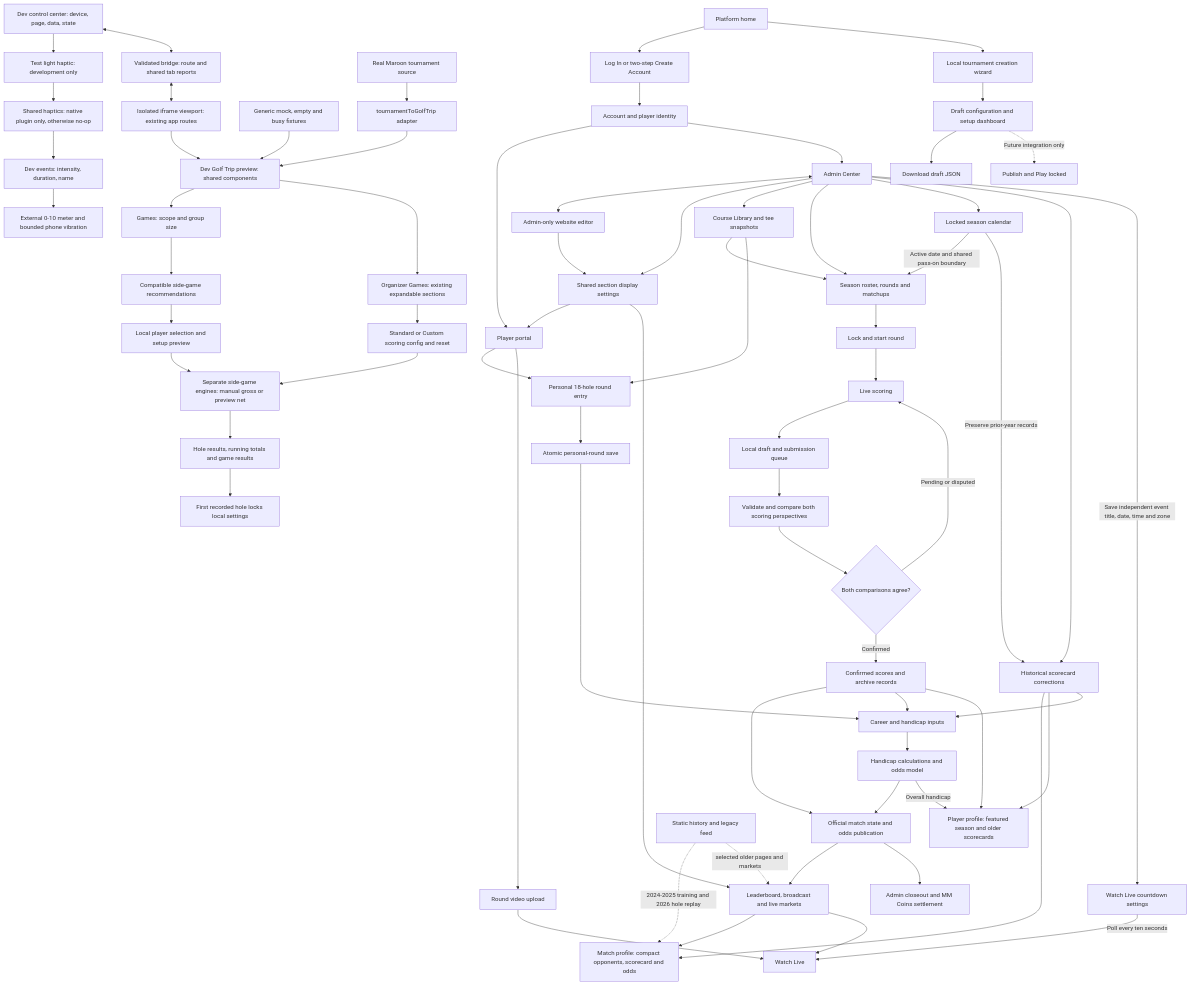
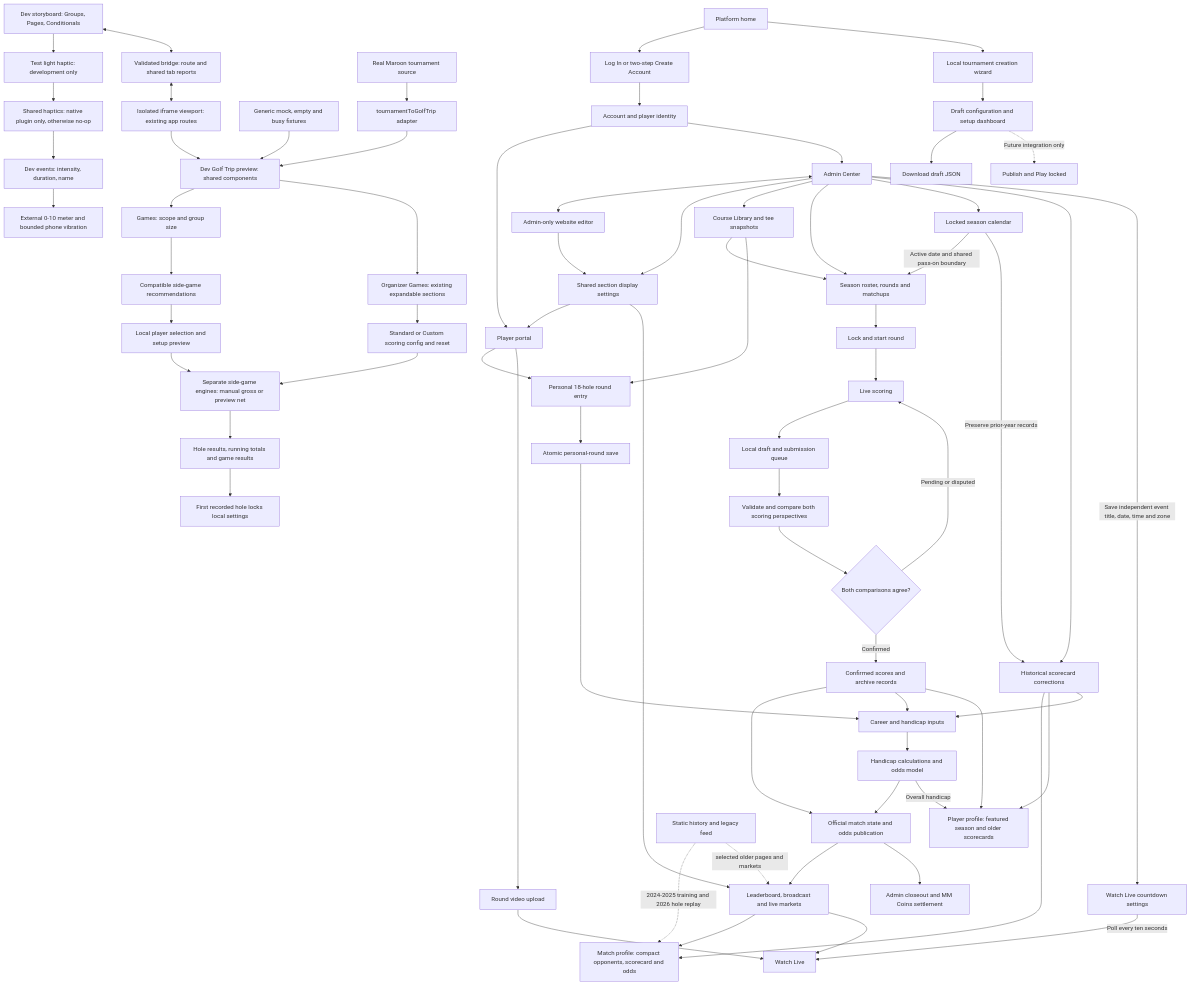
One commit to cadebarone00/MM-Website changed the diagram in docs/app-workflow.md. Above: the diagram before and after it, drawn with Mermaid. The commit also changed other lines of this file and 59 other files, not shown here.

````diff
--- a/docs/app-workflow.md
+++ b/docs/app-workflow.md
@@ -53,5 +55,6 @@
 ```mermaid
 flowchart TD
+  %% Active trip header: left-aligned 26.6px title; right-side chat > notifications > settings. Chat/notifications remain placeholders.
   %% /dev storyboard: Groups > Pages > supported Conditionals > phone; registry maps route and tab reports in both directions.
   %% Saved and draft Golf Trip General settings show six category boxes; Organizer retains permission-gated Delete Trip. Category boxes are placeholders.
   %% Dev Settings wheel opens a maroon Trip Settings layout with the fixture trip name at top right beside a back chevron, General/Organizer text-and-underline selector, short cream category boxes with gold accents and shadows and no phone status icons; General/Organizer selection is local; General shows six Place holder cards and Organizer starts with Players and Competition followed by four Place holder cards and site bottom navigation is hidden.
@@ -63,7 +66,7 @@
   HT --> HF[Shared haptics: native plugin only, otherwise no-op]
   HF --> HD[Dev events: intensity, duration, name]
   HD --> HM[External 0-10 meter and bounded phone vibration]
-  DC[Dev control center: device, page, data, state] <--> NB[Validated bridge: route and shared tab reports]
+  DC[Dev storyboard: Groups, Pages, Conditionals] <--> NB[Validated bridge: route and shared tab reports]
   NB <--> IF[Isolated iframe viewport: existing app routes]
   IF --> GP[Dev Golf Trip preview: shared components]
   GM[Generic mock, empty and busy fixtures] --> GP
````
